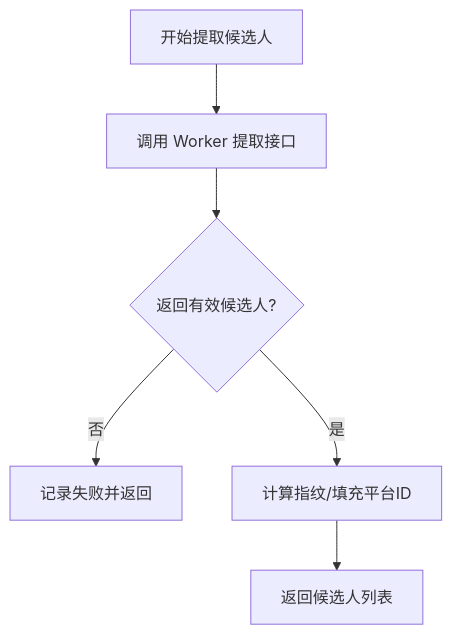
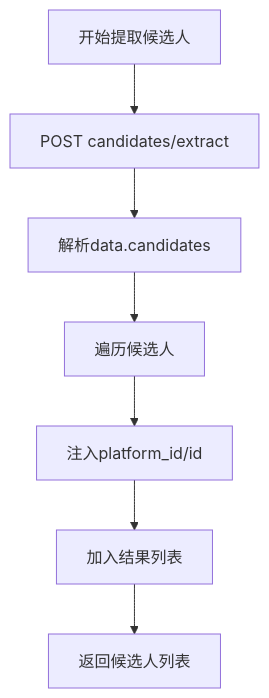
The sixth of 10 diagrams in .qoder/repowiki/zh/content/系统架构/本地Agent架构/平台适配器系统/前程无忧适配器.md (alvinwangzi/goodhr), drawn with Mermaid before and after one commit. The commit also changed other lines of this file and 149 other files, not shown here.

````diff
--- a/.qoder/repowiki/zh/content/系统架构/本地Agent架构/平台适配器系统/前程无忧适配器.md
+++ b/.qoder/repowiki/zh/content/系统架构/本地Agent架构/平台适配器系统/前程无忧适配器.md
@@ -208,8 +212,9 @@
 ```mermaid
 flowchart TD
-A["开始提取候选人"] --> B["调用 Worker 提取接口"]
-B --> C{"返回有效候选人?"}
-C -- 否 --> E["记录失败并返回"]
-C -- 是 --> D["计算指纹/填充平台ID"]
-D --> F["返回候选人列表"]
+S["开始提取候选人"] --> CallWorker["POST candidates/extract"]
+CallWorker --> ParseData["解析data.candidates"]
+ParseData --> ForEach["遍历候选人"]
+ForEach --> Normalize["注入platform_id/id"]
+Normalize --> Append["加入结果列表"]
+Append --> Done["返回候选人列表"]
 ```
````
